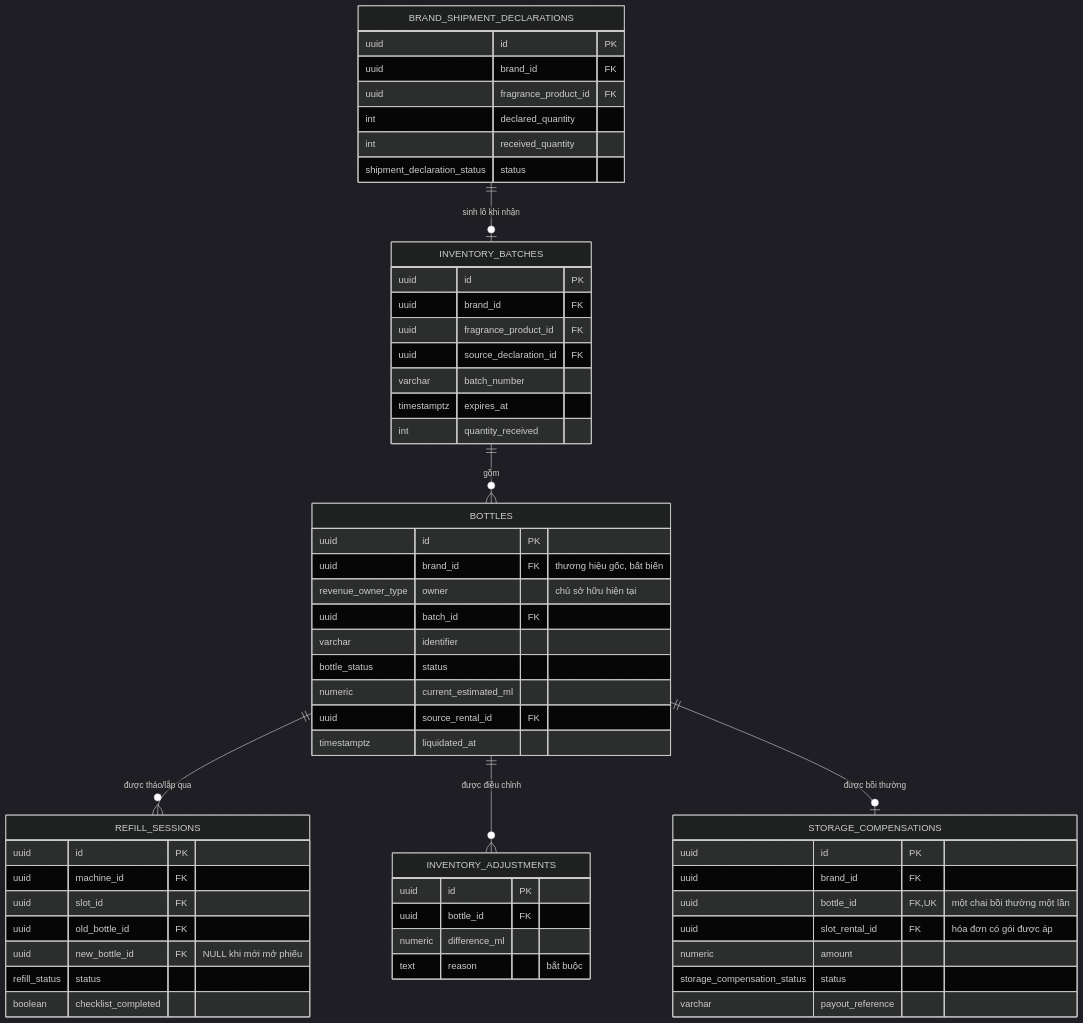
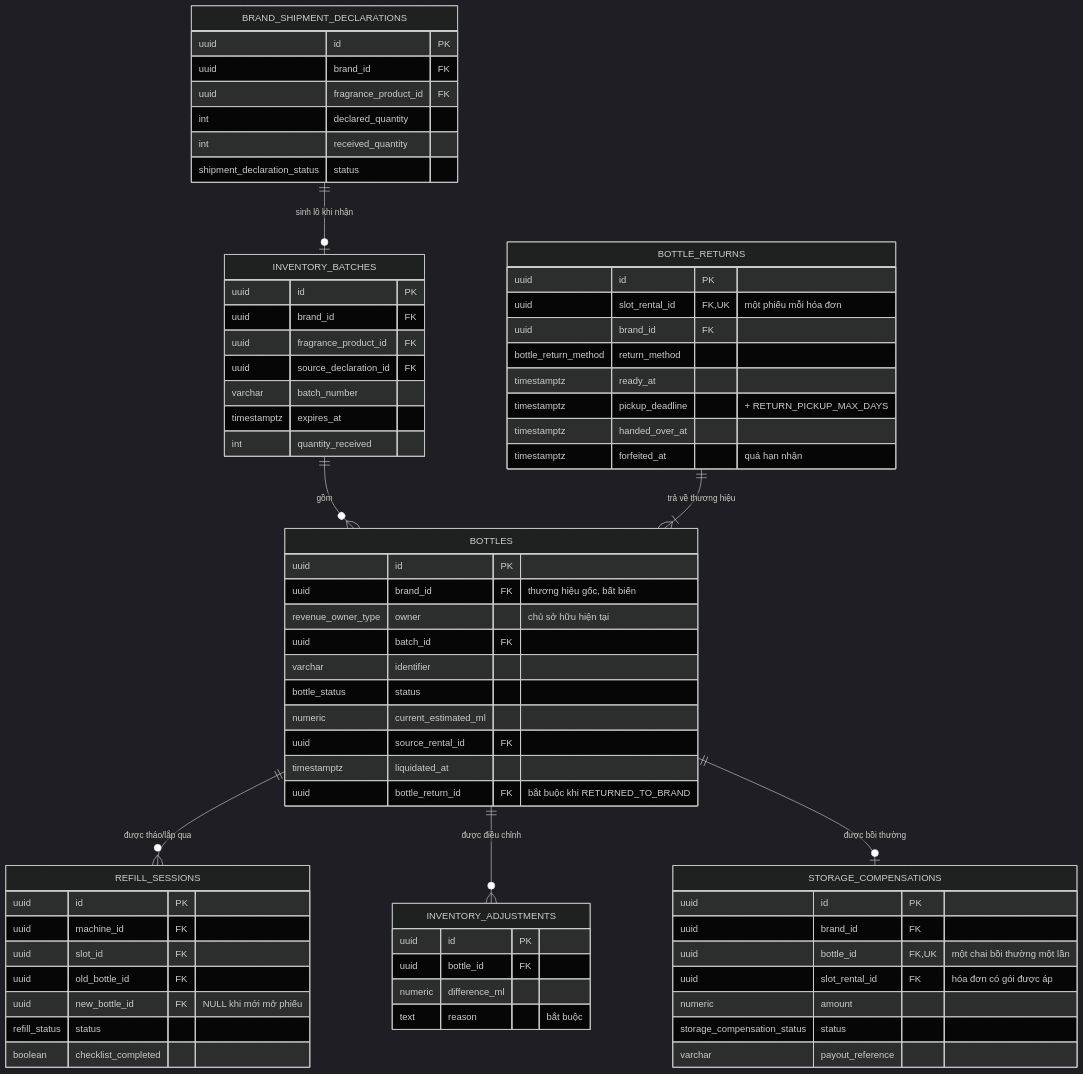
One commit to nhax-work/Muti-Brand_PerfumeIOT changed the fourth of 7 diagrams in spec/contracts/erd.md. Above: the diagram before and after it, drawn with Mermaid (dark theme). The commit also changed other lines of this file and 19 other files, not shown here.

````diff
--- a/spec/contracts/erd.md
+++ b/spec/contracts/erd.md
@@ -258,61 +320,73 @@
 ```mermaid
 erDiagram
     BRAND_SHIPMENT_DECLARATIONS {
         uuid id PK
         uuid brand_id FK
         uuid fragrance_product_id FK
         int declared_quantity
         int received_quantity
         shipment_declaration_status status
     }
     INVENTORY_BATCHES {
         uuid id PK
         uuid brand_id FK
         uuid fragrance_product_id FK
         uuid source_declaration_id FK
         varchar batch_number
         timestamptz expires_at
         int quantity_received
     }
     BOTTLES {
         uuid id PK
         uuid brand_id FK "thương hiệu gốc, bất biến"
         revenue_owner_type owner "chủ sở hữu hiện tại"
         uuid batch_id FK
         varchar identifier
         bottle_status status
         numeric current_estimated_ml
         uuid source_rental_id FK
         timestamptz liquidated_at
+        uuid bottle_return_id FK "bắt buộc khi RETURNED_TO_BRAND"
+    }
+    BOTTLE_RETURNS {
+        uuid id PK
+        uuid slot_rental_id FK,UK "một phiếu mỗi hóa đơn"
+        uuid brand_id FK
+        bottle_return_method return_method
+        timestamptz ready_at
+        timestamptz pickup_deadline "+ RETURN_PICKUP_MAX_DAYS"
+        timestamptz handed_over_at
+        timestamptz forfeited_at "quá hạn nhận"
     }
     REFILL_SESSIONS {
         uuid id PK
         uuid machine_id FK
         uuid slot_id FK
         uuid old_bottle_id FK
         uuid new_bottle_id FK "NULL khi mới mở phiếu"
         refill_status status
         boolean checklist_completed
     }
     INVENTORY_ADJUSTMENTS {
         uuid id PK
         uuid bottle_id FK
         numeric difference_ml
         text reason "bắt buộc"
     }
     STORAGE_COMPENSATIONS {
         uuid id PK
         uuid brand_id FK
         uuid bottle_id FK,UK "một chai bồi thường một lần"
         uuid slot_rental_id FK "hóa đơn có gói được áp"
         numeric amount
         storage_compensation_status status
         varchar payout_reference
     }
 
     BRAND_SHIPMENT_DECLARATIONS ||--o| INVENTORY_BATCHES : "sinh lô khi nhận"
     INVENTORY_BATCHES ||--o{ BOTTLES : "gồm"
     BOTTLES ||--o{ REFILL_SESSIONS : "được tháo/lắp qua"
     BOTTLES ||--o{ INVENTORY_ADJUSTMENTS : "được điều chỉnh"
     BOTTLES ||--o| STORAGE_COMPENSATIONS : "được bồi thường"
+    BOTTLE_RETURNS ||--|{ BOTTLES : "trả về thương hiệu"
 ```
````
